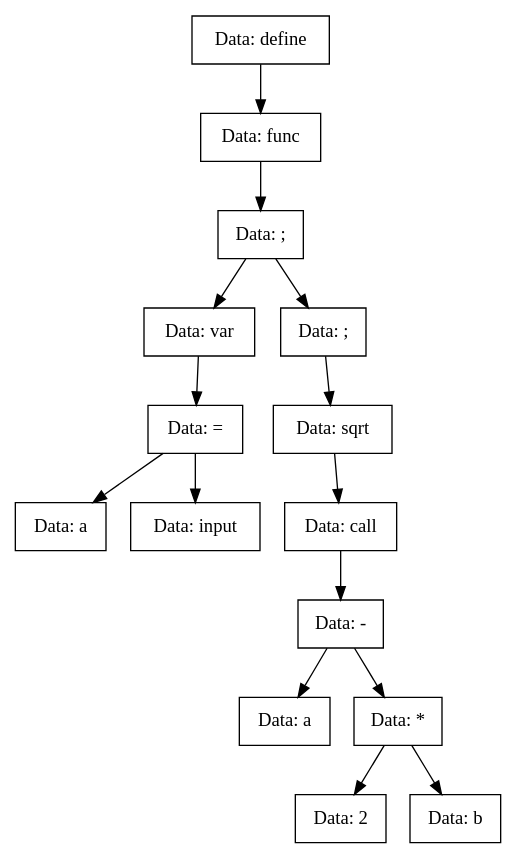
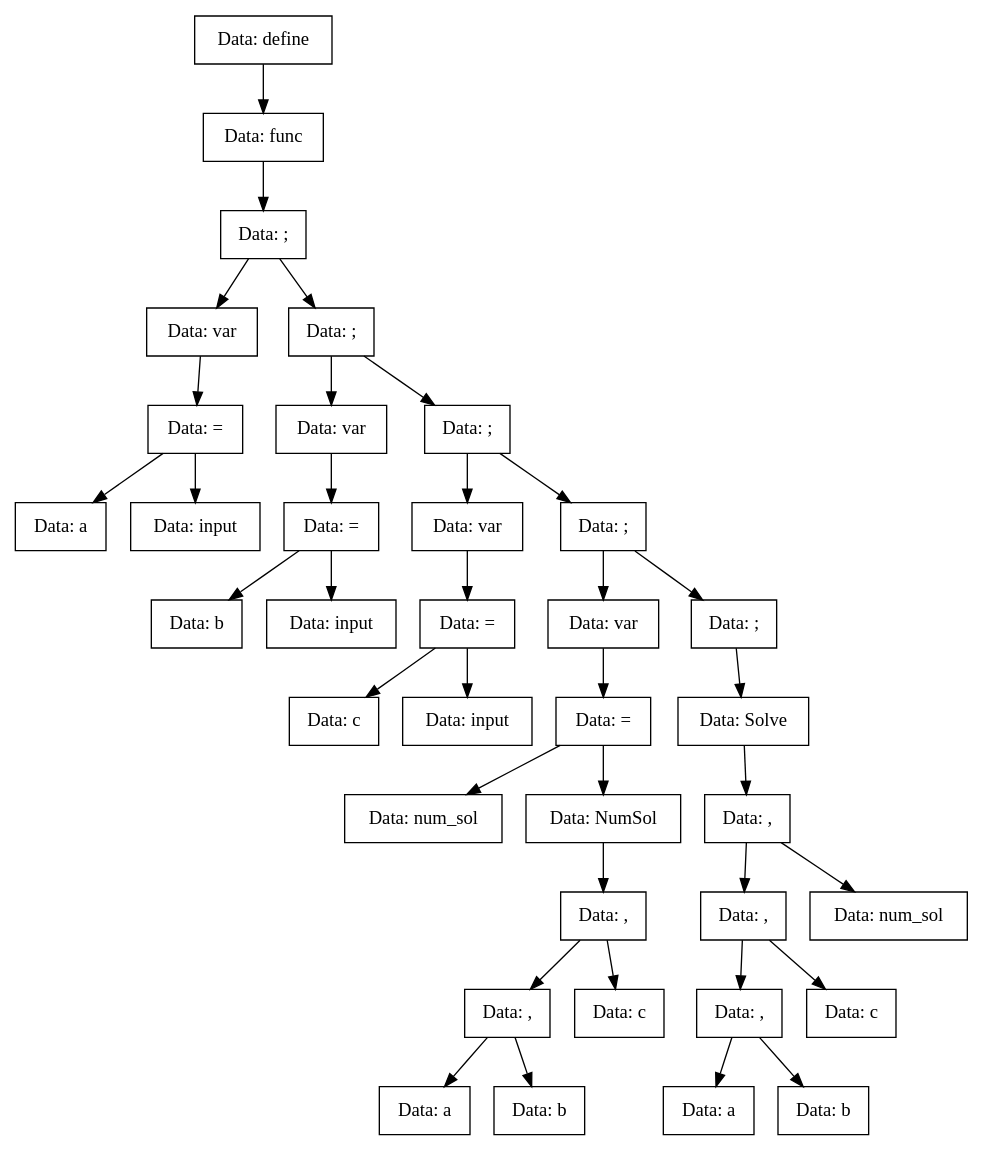
One commit to vorontsov-amd/Compiller changed the diagram in TreeDump/func.dot. Above: the diagram before and after it, drawn with Graphviz. The commit also changed 36 other files, not shown here.

```diff
--- a/TreeDump/func.dot
+++ b/TreeDump/func.dot
@@ -1,31 +1,73 @@
 digraph func{
-Node0x556e352294c0[shape="record", label="Data: define"];
-Node0x556e35229470[shape="record", label="Data: func"];
-Node0x556e352293d0[shape="record", label="Data: ;"];
-Node0x556e35229150[shape="record", label="Data: var"];
-Node0x556e352291a0[shape="record", label="Data: ="];
-Node0x556e35229240[shape="record", label="Data: a"];
-Node0x556e352291a0->Node0x556e35229240;
-Node0x556e352291f0[shape="record", label="Data: input"];
-Node0x556e352291a0->Node0x556e352291f0;
-Node0x556e35229150->Node0x556e352291a0;
-Node0x556e352293d0->Node0x556e35229150;
-Node0x556e35229060[shape="record", label="Data: ;"];
-Node0x556e35229420[shape="record", label="Data: sqrt"];
-Node0x556e35229380[shape="record", label="Data: call"];
-Node0x556e35229330[shape="record", label="Data: -"];
-Node0x556e352292e0[shape="record", label="Data: a"];
-Node0x556e35229330->Node0x556e352292e0;
-Node0x556e35229290[shape="record", label="Data: *"];
-Node0x556e35229100[shape="record", label="Data: 2"];
-Node0x556e35229290->Node0x556e35229100;
-Node0x556e352290b0[shape="record", label="Data: b"];
-Node0x556e35229290->Node0x556e352290b0;
-Node0x556e35229330->Node0x556e35229290;
-Node0x556e35229380->Node0x556e35229330;
-Node0x556e35229420->Node0x556e35229380;
-Node0x556e35229060->Node0x556e35229420;
-Node0x556e352293d0->Node0x556e35229060;
-Node0x556e35229470->Node0x556e352293d0;
-Node0x556e352294c0->Node0x556e35229470;
+Node0x562fe4888c00[shape="record", label="Data: define"];
+Node0x562fe4888ca0[shape="record", label="Data: func"];
+Node0x562fe4888c50[shape="record", label="Data: ;"];
+Node0x562fe4888a20[shape="record", label="Data: var"];
+Node0x562fe4888a70[shape="record", label="Data: ="];
+Node0x562fe4888b10[shape="record", label="Data: a"];
+Node0x562fe4888a70->Node0x562fe4888b10;
+Node0x562fe4888ac0[shape="record", label="Data: input"];
+Node0x562fe4888a70->Node0x562fe4888ac0;
+Node0x562fe4888a20->Node0x562fe4888a70;
+Node0x562fe4888c50->Node0x562fe4888a20;
+Node0x562fe4888930[shape="record", label="Data: ;"];
+Node0x562fe48891f0[shape="record", label="Data: var"];
+Node0x562fe48891a0[shape="record", label="Data: ="];
+Node0x562fe4888e80[shape="record", label="Data: b"];
+Node0x562fe48891a0->Node0x562fe4888e80;
+Node0x562fe4888cf0[shape="record", label="Data: input"];
+Node0x562fe48891a0->Node0x562fe4888cf0;
+Node0x562fe48891f0->Node0x562fe48891a0;
+Node0x562fe4888930->Node0x562fe48891f0;
+Node0x562fe4888b60[shape="record", label="Data: ;"];
+Node0x562fe48889d0[shape="record", label="Data: var"];
+Node0x562fe4888980[shape="record", label="Data: ="];
+Node0x562fe4889240[shape="record", label="Data: c"];
+Node0x562fe4888980->Node0x562fe4889240;
+Node0x562fe4888ed0[shape="record", label="Data: input"];
+Node0x562fe4888980->Node0x562fe4888ed0;
+Node0x562fe48889d0->Node0x562fe4888980;
+Node0x562fe4888b60->Node0x562fe48889d0;
+Node0x562fe4889330[shape="record", label="Data: ;"];
+Node0x562fe4889380[shape="record", label="Data: var"];
+Node0x562fe48892e0[shape="record", label="Data: ="];
+Node0x562fe48893d0[shape="record", label="Data: num_sol"];
+Node0x562fe48892e0->Node0x562fe48893d0;
+Node0x562fe4889290[shape="record", label="Data: NumSol"];
+Node0x562fe4889420[shape="record", label="Data: ,"];
+Node0x562fe4888f20[shape="record", label="Data: ,"];
+Node0x562fe4888f70[shape="record", label="Data: a"];
+Node0x562fe4888f20->Node0x562fe4888f70;
+Node0x562fe48890b0[shape="record", label="Data: b"];
+Node0x562fe4888f20->Node0x562fe48890b0;
+Node0x562fe4889420->Node0x562fe4888f20;
+Node0x562fe4889100[shape="record", label="Data: c"];
+Node0x562fe4889420->Node0x562fe4889100;
+Node0x562fe4889290->Node0x562fe4889420;
+Node0x562fe48892e0->Node0x562fe4889290;
+Node0x562fe4889380->Node0x562fe48892e0;
+Node0x562fe4889330->Node0x562fe4889380;
+Node0x562fe4889060[shape="record", label="Data: ;"];
+Node0x562fe4889150[shape="record", label="Data: Solve"];
+Node0x562fe4889010[shape="record", label="Data: ,"];
+Node0x562fe4888fc0[shape="record", label="Data: ,"];
+Node0x562fe4888d40[shape="record", label="Data: ,"];
+Node0x562fe4888bb0[shape="record", label="Data: a"];
+Node0x562fe4888d40->Node0x562fe4888bb0;
+Node0x562fe4888de0[shape="record", label="Data: b"];
+Node0x562fe4888d40->Node0x562fe4888de0;
+Node0x562fe4888fc0->Node0x562fe4888d40;
+Node0x562fe4888e30[shape="record", label="Data: c"];
+Node0x562fe4888fc0->Node0x562fe4888e30;
+Node0x562fe4889010->Node0x562fe4888fc0;
+Node0x562fe4888d90[shape="record", label="Data: num_sol"];
+Node0x562fe4889010->Node0x562fe4888d90;
+Node0x562fe4889150->Node0x562fe4889010;
+Node0x562fe4889060->Node0x562fe4889150;
+Node0x562fe4889330->Node0x562fe4889060;
+Node0x562fe4888b60->Node0x562fe4889330;
+Node0x562fe4888930->Node0x562fe4888b60;
+Node0x562fe4888c50->Node0x562fe4888930;
+Node0x562fe4888ca0->Node0x562fe4888c50;
+Node0x562fe4888c00->Node0x562fe4888ca0;
 }
```
